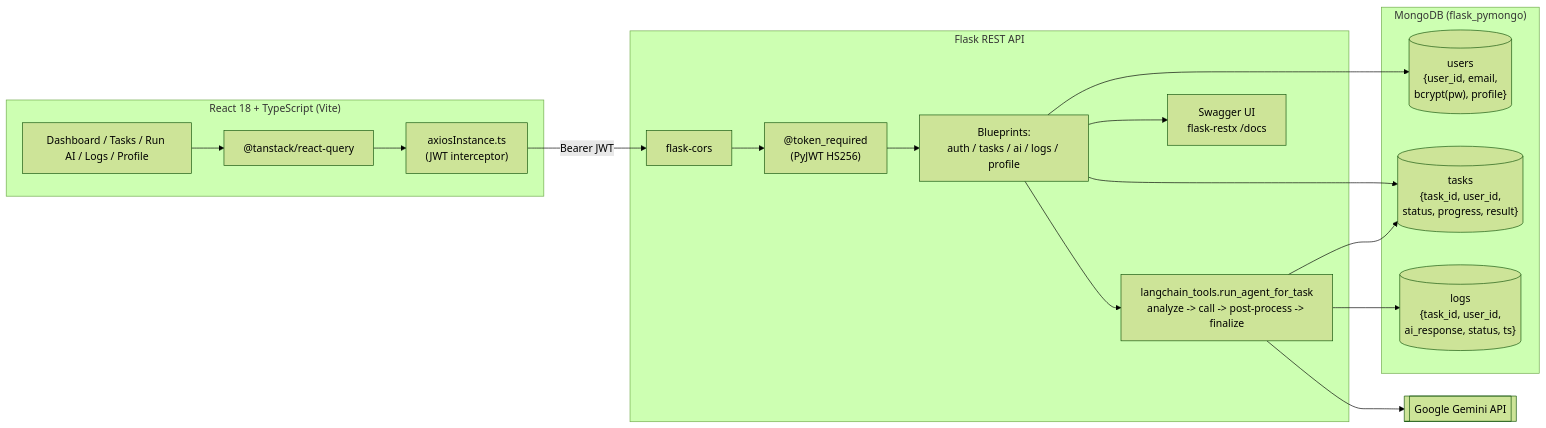
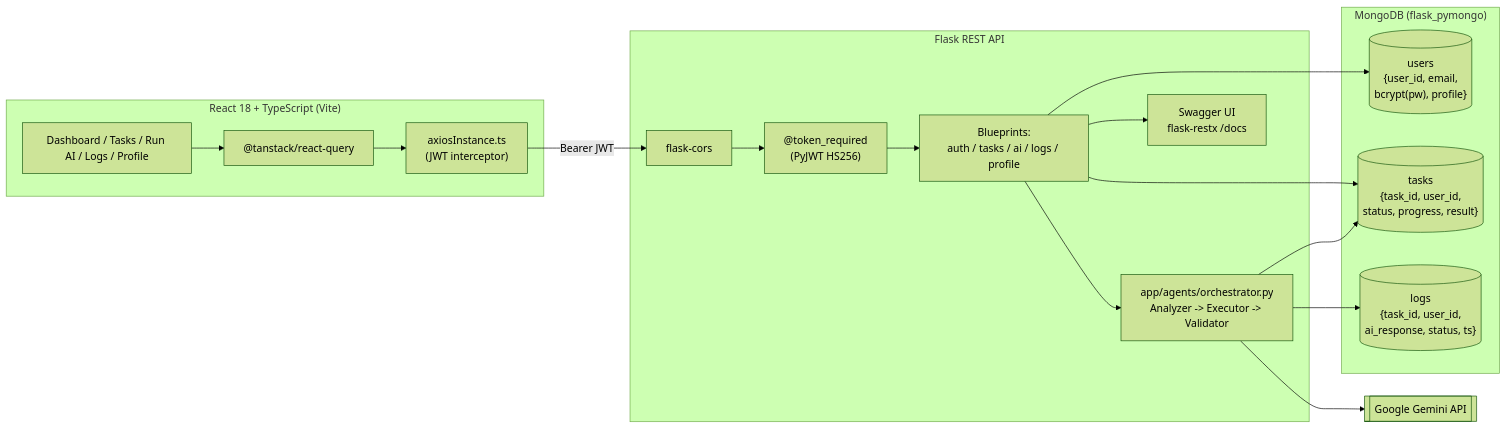
The diagram in README.md (trishnadas7897/Agent-Task-Tracker), drawn with Mermaid (forest theme) before and after one commit. The commit also changed other lines of this file and 8 other files, not shown here.

````diff
--- a/README.md
+++ b/README.md
@@ -41,35 +40,35 @@
 ```mermaid
 flowchart LR
     subgraph Client["React 18 + TypeScript (Vite)"]
         UI["Dashboard / Tasks / Run AI / Logs / Profile"]
         AX["axiosInstance.ts<br/>(JWT interceptor)"]
         RQ["@tanstack/react-query"]
         UI --> RQ --> AX
     end
 
     subgraph API["Flask REST API"]
         CORS["flask-cors"]
         MW["@token_required<br/>(PyJWT HS256)"]
         BP["Blueprints:<br/>auth / tasks / ai / logs / profile"]
-        AGENT["langchain_tools.run_agent_for_task<br/>analyze -> call -> post-process -> finalize"]
+        AGENTS["app/agents/orchestrator.py<br/>Analyzer -> Executor -> Validator"]
         DOCS["Swagger UI<br/>flask-restx /docs"]
         CORS --> MW --> BP
-        BP --> AGENT
+        BP --> AGENTS
         BP --> DOCS
     end
 
     subgraph Data["MongoDB (flask_pymongo)"]
         USERS[("users<br/>{user_id, email,<br/>bcrypt(pw), profile}")]
         TASKS[("tasks<br/>{task_id, user_id,<br/>status, progress, result}")]
         LOGS[("logs<br/>{task_id, user_id,<br/>ai_response, status, ts}")]
     end
 
     GEMINI[["Google Gemini API"]]
 
     AX -- "Bearer JWT" --> CORS
     BP --> USERS
     BP --> TASKS
-    AGENT --> GEMINI
-    AGENT --> TASKS
-    AGENT --> LOGS
+    AGENTS --> GEMINI
+    AGENTS --> TASKS
+    AGENTS --> LOGS
 ```
````
